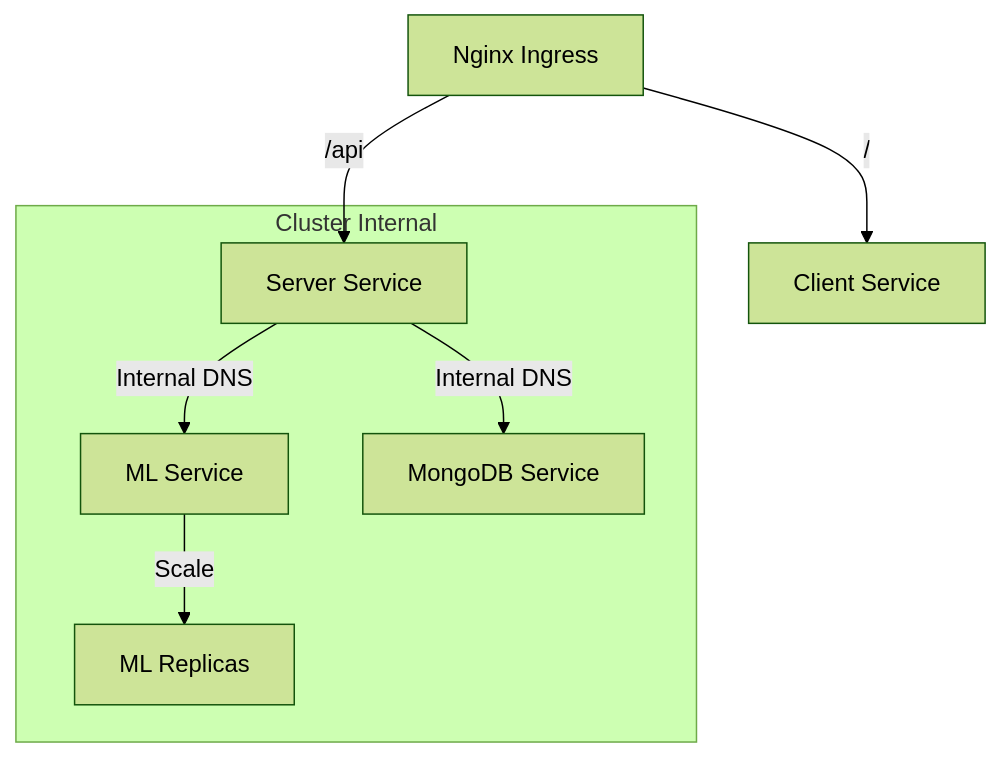
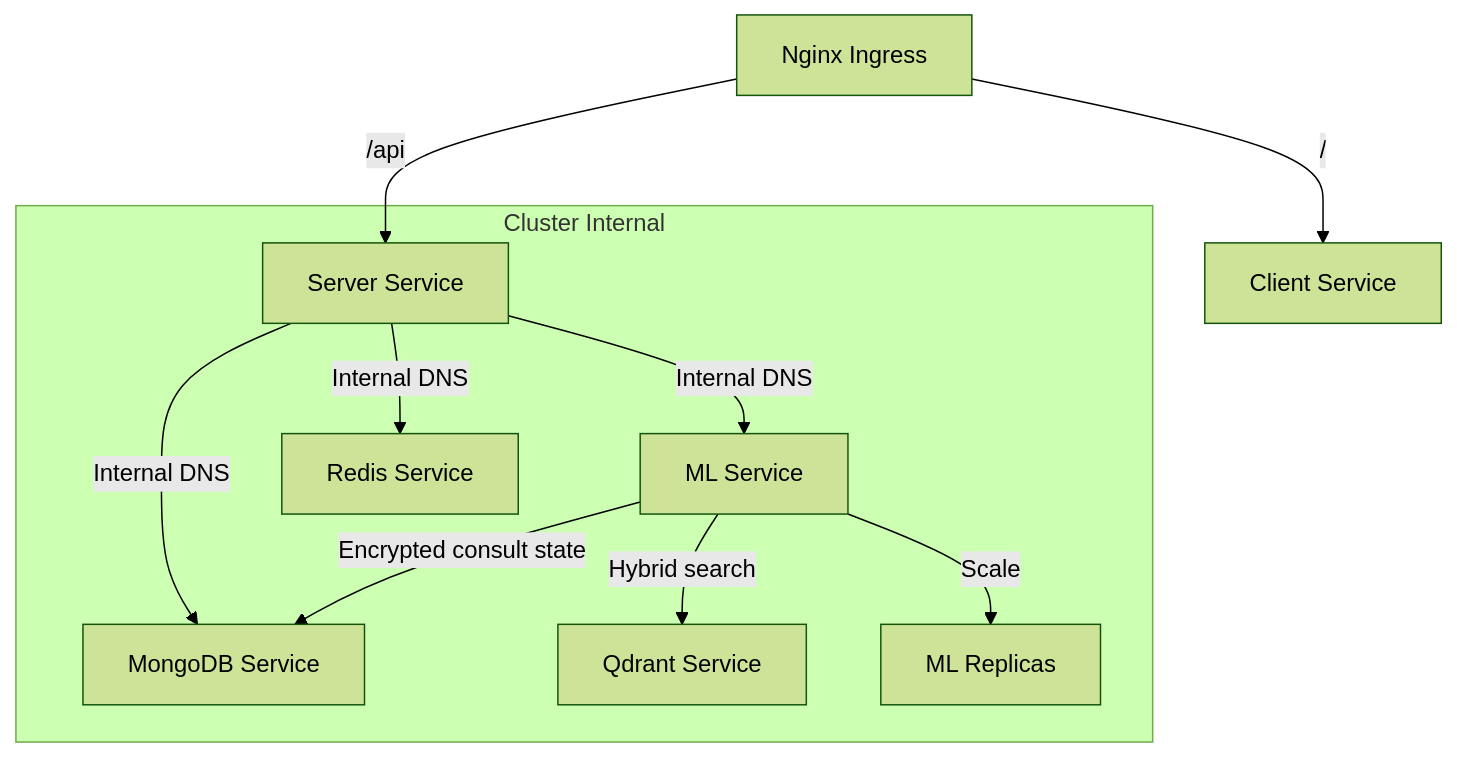
Before and after one commit to yashsrivastava1408/Aether-Clinic: the diagram in k8s/README.md, drawn with Mermaid (forest theme). The commit also changed other lines of this file and 117 other files, not shown here.

First line of the commit message:
LangGraph consult flow, Qdrant hybrid retrieval and agentic features

````diff
--- a/k8s/README.md
+++ b/k8s/README.md
@@ -11,11 +11,14 @@
 ```mermaid
 graph TD
     Ingress["Nginx Ingress"] -->|/api| Server["Server Service"]
     Ingress -->|/| Client["Client Service"]
     
     subgraph "Cluster Internal"
         Server -->|Internal DNS| ML["ML Service"]
         Server -->|Internal DNS| Mongo["MongoDB Service"]
+        Server -->|Internal DNS| Redis["Redis Service"]
+        ML -->|Hybrid search| Qdrant["Qdrant Service"]
+        ML -->|Encrypted consult state| Mongo
         ML -->|Scale| Pods["ML Replicas"]
     end
 ```
````
